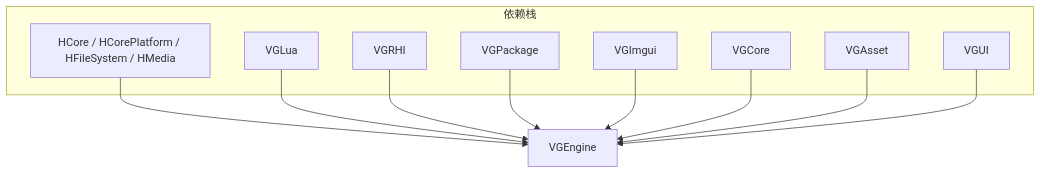
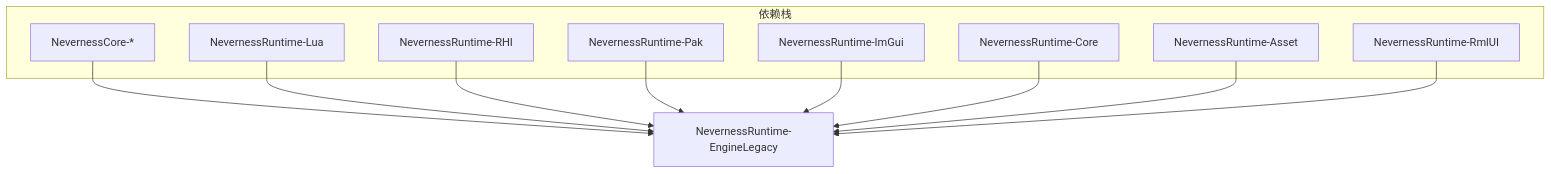
One commit to DarlingZeroX/Neverness changed the diagram in Engine/Source/Runtime/NNEngineLegacy/Docs/MODULE_ARCHITECTURE_AND_PROGRESS.md. Above: the diagram before and after it, drawn with Mermaid. The commit also changed other lines of this file and 1732 other files, not shown here.

````diff
--- a/Engine/Source/Runtime/NNEngineLegacy/Docs/MODULE_ARCHITECTURE_AND_PROGRESS.md
+++ b/Engine/Source/Runtime/NNEngineLegacy/Docs/MODULE_ARCHITECTURE_AND_PROGRESS.md
@@ -23,22 +23,22 @@
 ```mermaid
 flowchart TB
   subgraph deps [依赖栈]
-    HCore[HCore / HCorePlatform / HFileSystem / HMedia]
-    VGLua[VGLua]
-    VGRHI[VGRHI]
-    VGPackage[VGPackage]
-    VGImgui[VGImgui]
-    VGCore[VGCore]
-    VGAsset[VGAsset]
-    VGUI[VGUI]
+    NNCore[NevernessCore-*]
+    NNLua[NevernessRuntime-Lua]
+    NNRHI[NevernessRuntime-RHI]
+    NNPak[NevernessRuntime-Pak]
+    NNImGui[NevernessRuntime-ImGui]
+    NNRtCore[NevernessRuntime-Core]
+    NNAsset[NevernessRuntime-Asset]
+    NNRml[NevernessRuntime-RmlUI]
   end
-  VGEngine[VGEngine]
-  HCore --> VGEngine
-  VGLua --> VGEngine
-  VGRHI --> VGEngine
-  VGPackage --> VGEngine
-  VGImgui --> VGEngine
-  VGCore --> VGEngine
-  VGAsset --> VGEngine
-  VGUI --> VGEngine
+  NNEngLegacy[NevernessRuntime-EngineLegacy]
+  NNCore --> NNEngLegacy
+  NNLua --> NNEngLegacy
+  NNRHI --> NNEngLegacy
+  NNPak --> NNEngLegacy
+  NNImGui --> NNEngLegacy
+  NNRtCore --> NNEngLegacy
+  NNAsset --> NNEngLegacy
+  NNRml --> NNEngLegacy
 ```
````
